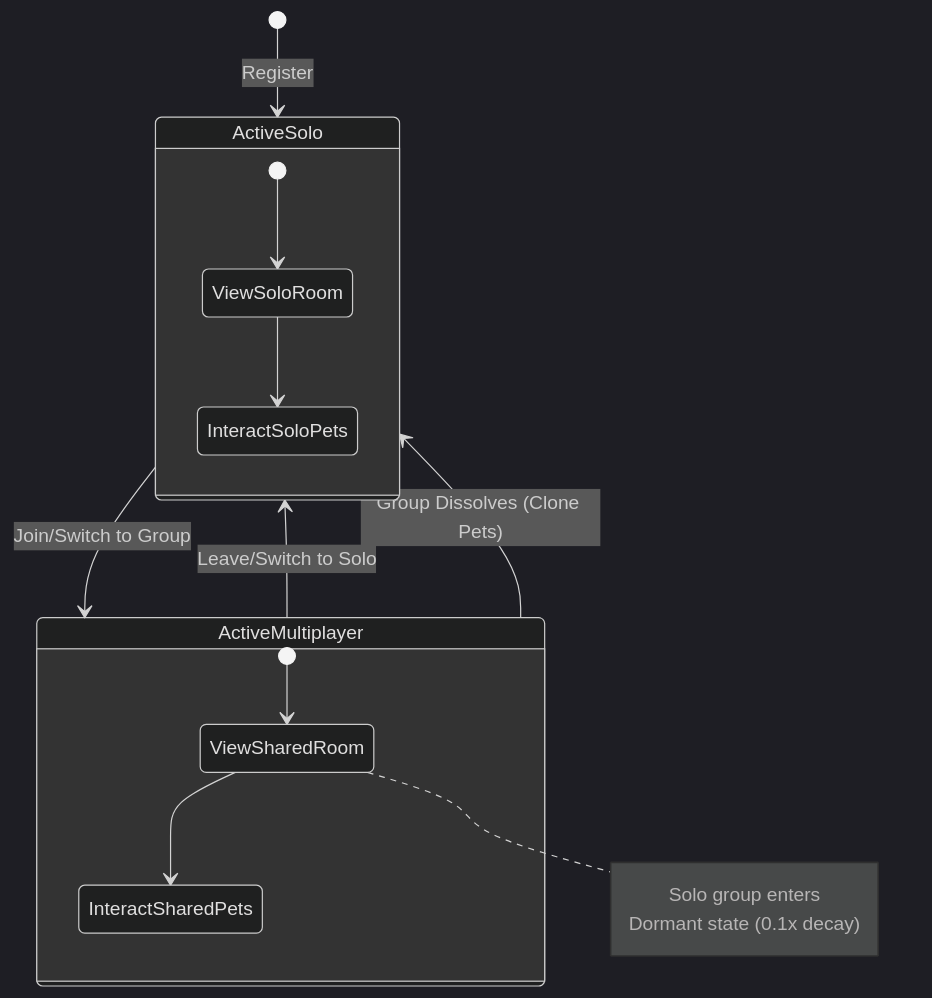
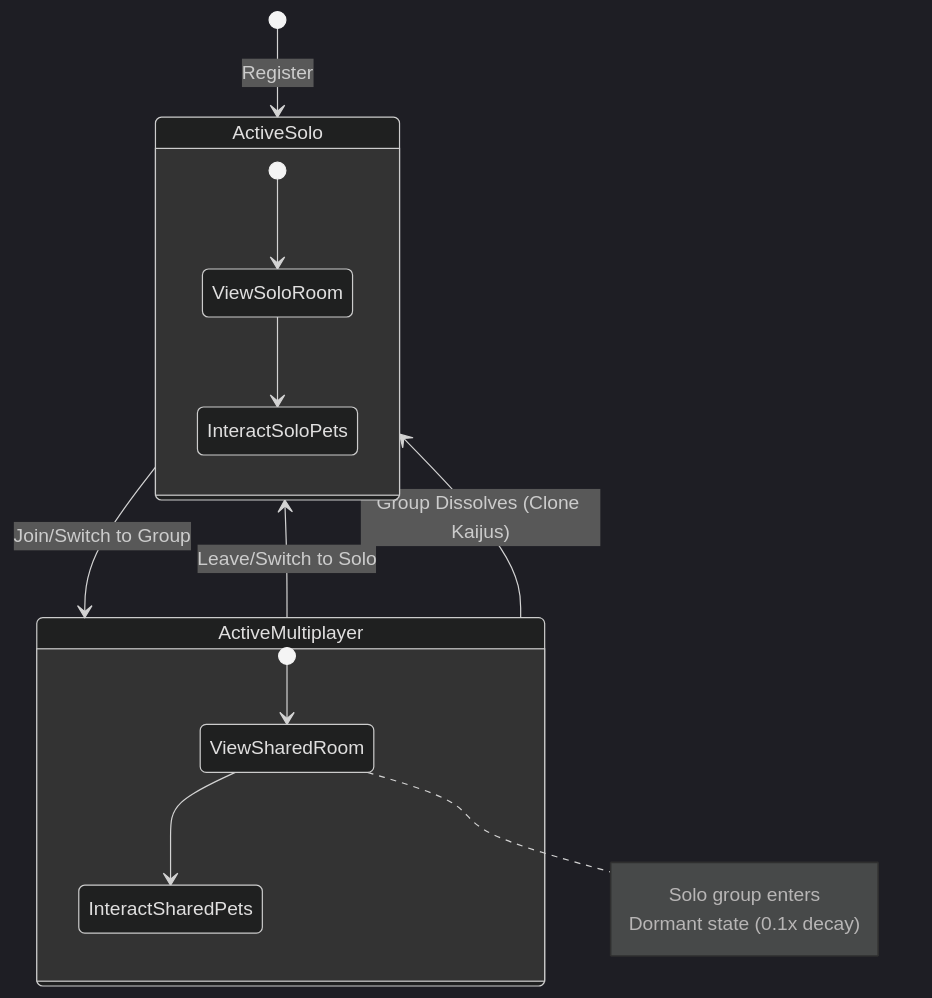
One commit to TheMrCorvy/HATCH.REF changed the diagram in Documentation/Ownership/03-solo-to-group-transitions.md. Above: the diagram before and after it, drawn with Mermaid (dark theme). The commit also changed other lines of this file and 47 other files, not shown here.

````diff
--- a/Documentation/Ownership/03-solo-to-group-transitions.md
+++ b/Documentation/Ownership/03-solo-to-group-transitions.md
@@ -25,23 +25,23 @@
 ```mermaid
 stateDiagram-v2
     [*] --> ActiveSolo: Register
     
     state ActiveSolo {
         [*] --> ViewSoloRoom
         ViewSoloRoom --> InteractSoloPets
     }
     
     ActiveSolo --> ActiveMultiplayer: Join/Switch to Group
     
     state ActiveMultiplayer {
         [*] --> ViewSharedRoom
         ViewSharedRoom --> InteractSharedPets
         note right of ViewSharedRoom
             Solo group enters 
             Dormant state (0.1x decay)
         end note
     }
     
     ActiveMultiplayer --> ActiveSolo: Leave/Switch to Solo
-    ActiveMultiplayer --> ActiveSolo: Group Dissolves (Clone Pets)
+    ActiveMultiplayer --> ActiveSolo: Group Dissolves (Clone Kaijus)
 ```
````
